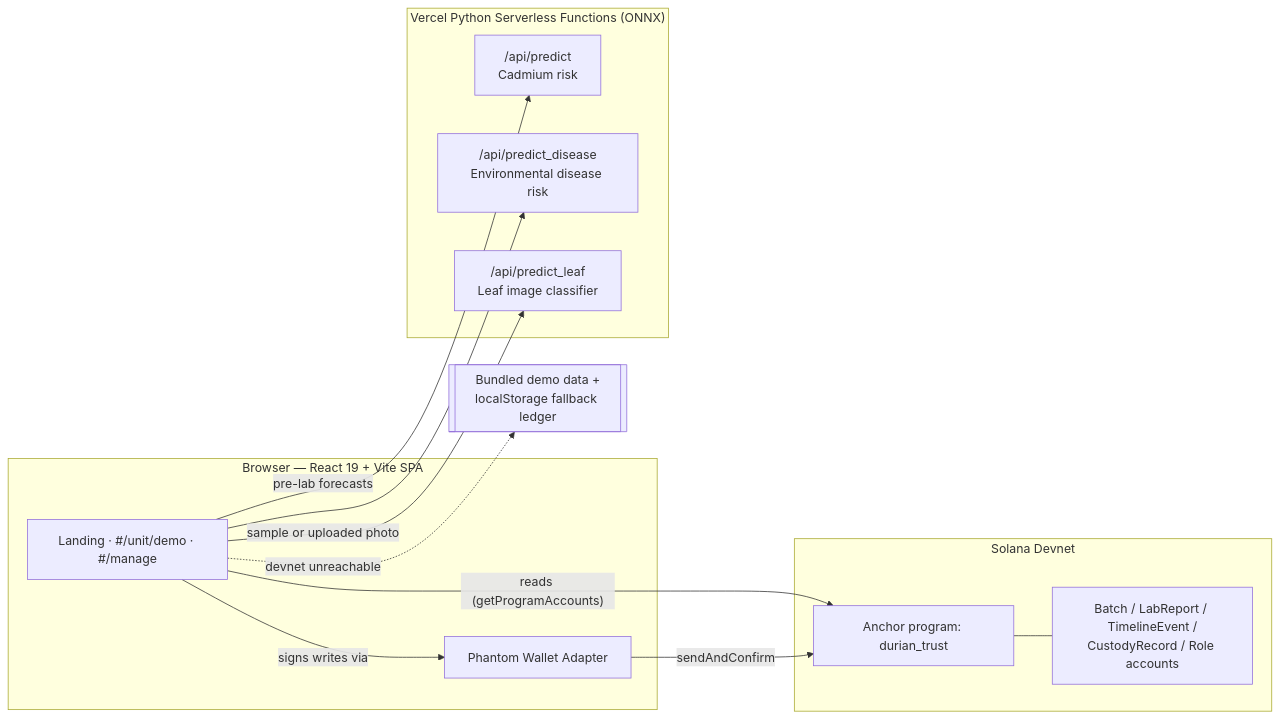
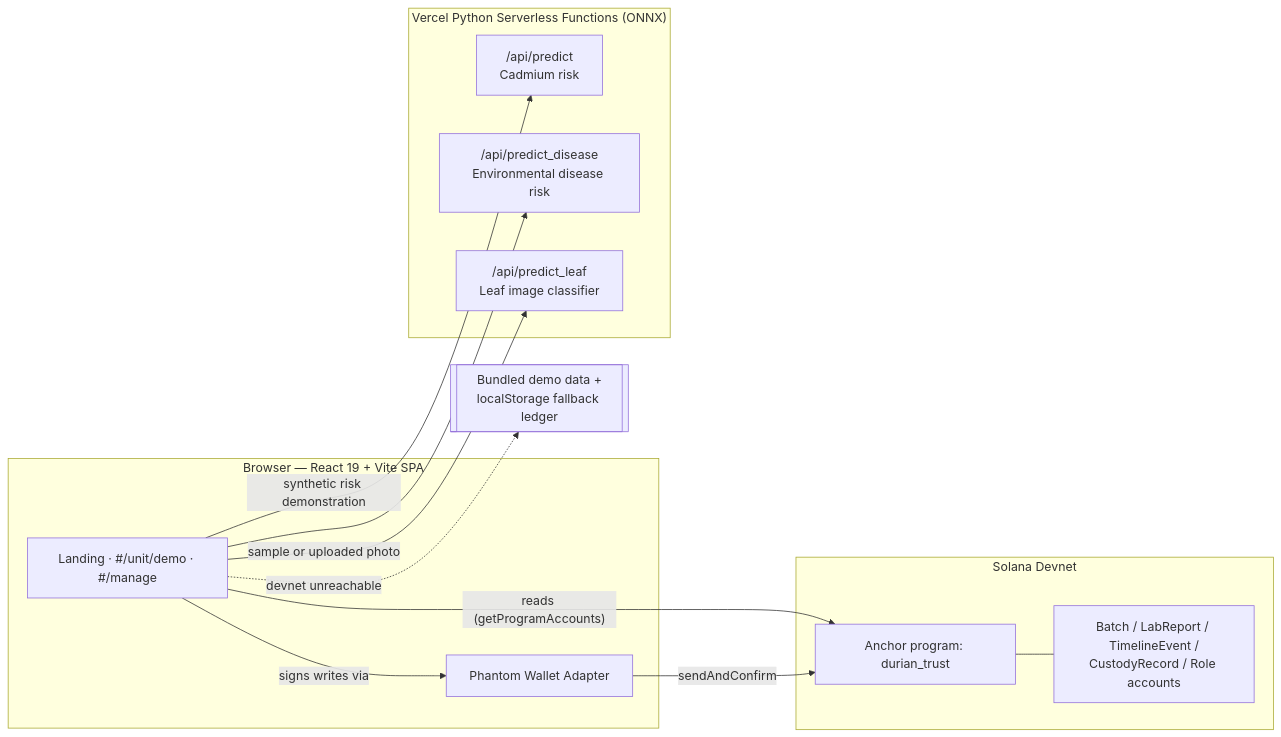
The diagram in README.md (vinhelysia/DurainCheckerDemo), drawn with Mermaid before and after one commit. The commit also changed other lines of this file and 45 other files, not shown here.

````diff
--- a/README.md
+++ b/README.md
@@ -31,29 +31,29 @@
 ```mermaid
 flowchart LR
     subgraph Client["Browser — React 19 + Vite SPA"]
         UI["Landing · #/unit/demo · #/manage"]
         Phantom["Phantom Wallet Adapter"]
     end
 
     subgraph Devnet["Solana Devnet"]
         Program["Anchor program: durian_trust"]
         PDAs["Batch / LabReport / TimelineEvent /\nCustodyRecord / Role accounts"]
     end
 
     subgraph AI["Vercel Python Serverless Functions (ONNX)"]
         Predict["/api/predict\nCadmium risk"]
         Disease["/api/predict_disease\nEnvironmental disease risk"]
         Leaf["/api/predict_leaf\nLeaf image classifier"]
     end
 
     Fallback[["Bundled demo data +\nlocalStorage fallback ledger"]]
 
     UI -- "reads (getProgramAccounts)" --> Program
     UI -- "signs writes via" --> Phantom
     Phantom -- "sendAndConfirm" --> Program
     Program --- PDAs
-    UI -- "pre-lab forecasts" --> Predict
+    UI -- "synthetic risk demonstration" --> Predict
     UI --> Disease
     UI -- "sample or uploaded photo" --> Leaf
     UI -. "devnet unreachable" .-> Fallback
 ```
````
